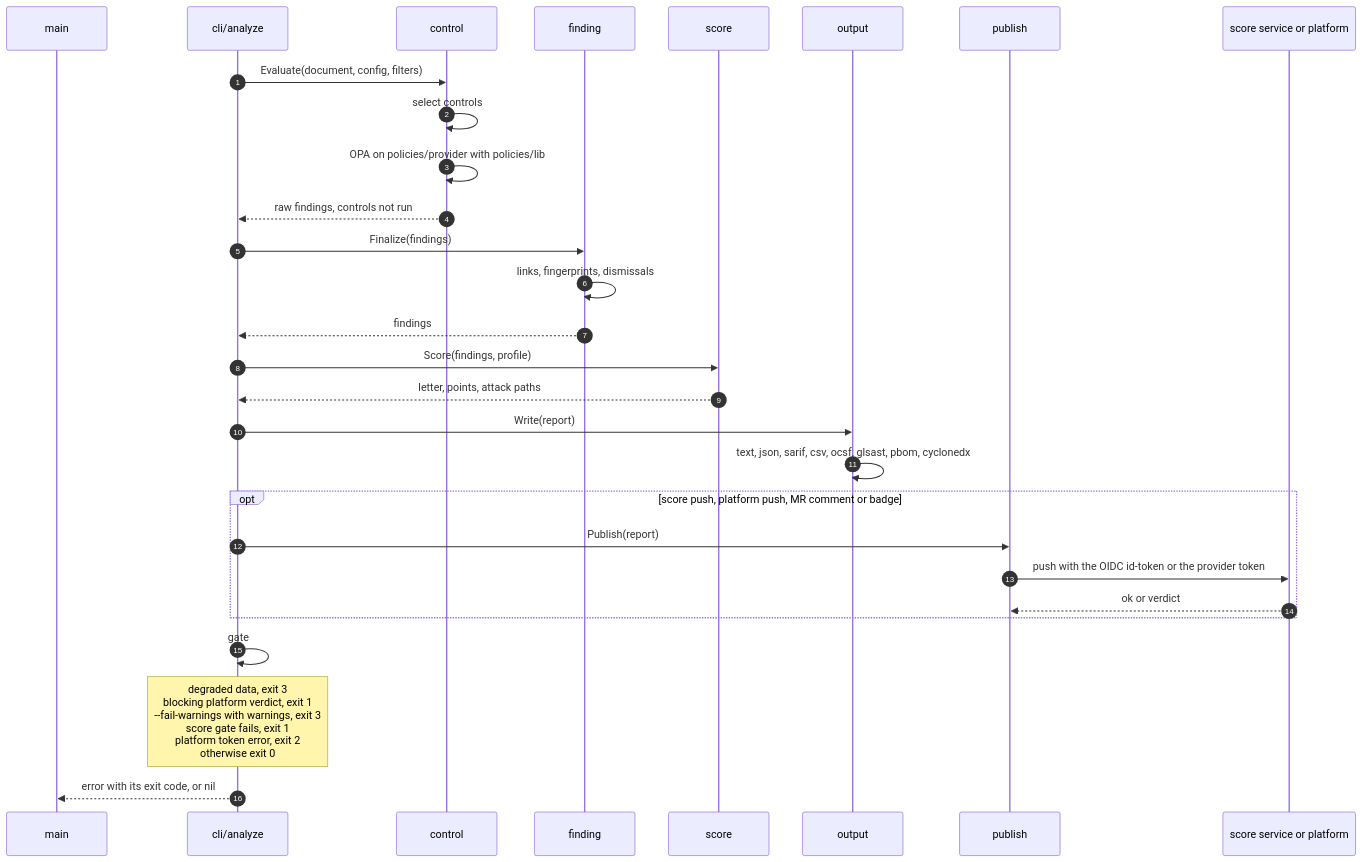
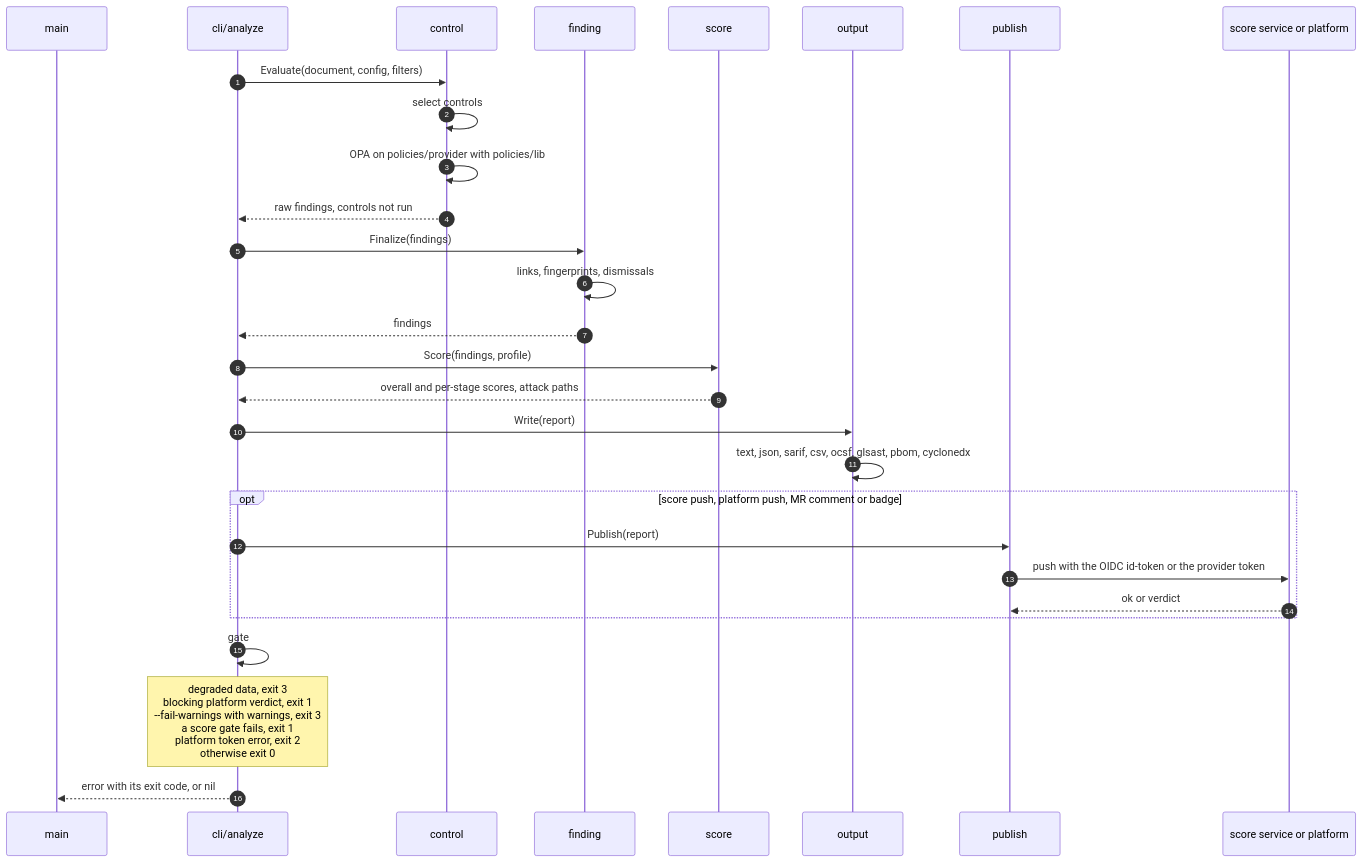
Before and after one commit to getplumber/plumber: the sixth of 6 diagrams in v1/docs/analyze-flow.md, drawn with Mermaid. The commit also changed other lines of this file and 3 other files, not shown here.

````diff
--- a/v1/docs/analyze-flow.md
+++ b/v1/docs/analyze-flow.md
@@ -233,32 +282,32 @@
 ```mermaid
 sequenceDiagram
     autonumber
     participant M as main
     participant A as cli/analyze
     participant K as control
     participant F as finding
     participant S as score
     participant O as output
     participant PB as publish
     participant X as score service or platform
 
     A->>K: Evaluate(document, config, filters)
     K->>K: select controls
     K->>K: OPA on policies/provider with policies/lib
     K-->>A: raw findings, controls not run
     A->>F: Finalize(findings)
     F->>F: links, fingerprints, dismissals
     F-->>A: findings
     A->>S: Score(findings, profile)
-    S-->>A: letter, points, attack paths
+    S-->>A: overall and per-stage scores, attack paths
     A->>O: Write(report)
     O->>O: text, json, sarif, csv, ocsf, glsast, pbom, cyclonedx
     opt score push, platform push, MR comment or badge
         A->>PB: Publish(report)
         PB->>X: push with the OIDC id-token or the provider token
         X-->>PB: ok or verdict
     end
     A->>A: gate
-    Note over A: degraded data, exit 3<br/>blocking platform verdict, exit 1<br/>--fail-warnings with warnings, exit 3<br/>score gate fails, exit 1<br/>platform token error, exit 2<br/>otherwise exit 0
+    Note over A: degraded data, exit 3<br/>blocking platform verdict, exit 1<br/>--fail-warnings with warnings, exit 3<br/>a score gate fails, exit 1<br/>platform token error, exit 2<br/>otherwise exit 0
     A-->>M: error with its exit code, or nil
 ```
````
